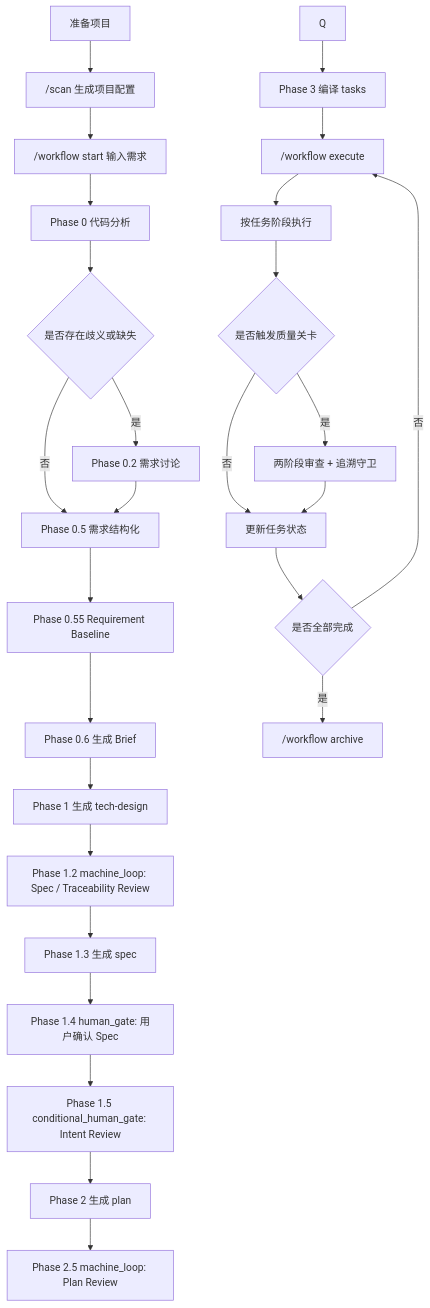
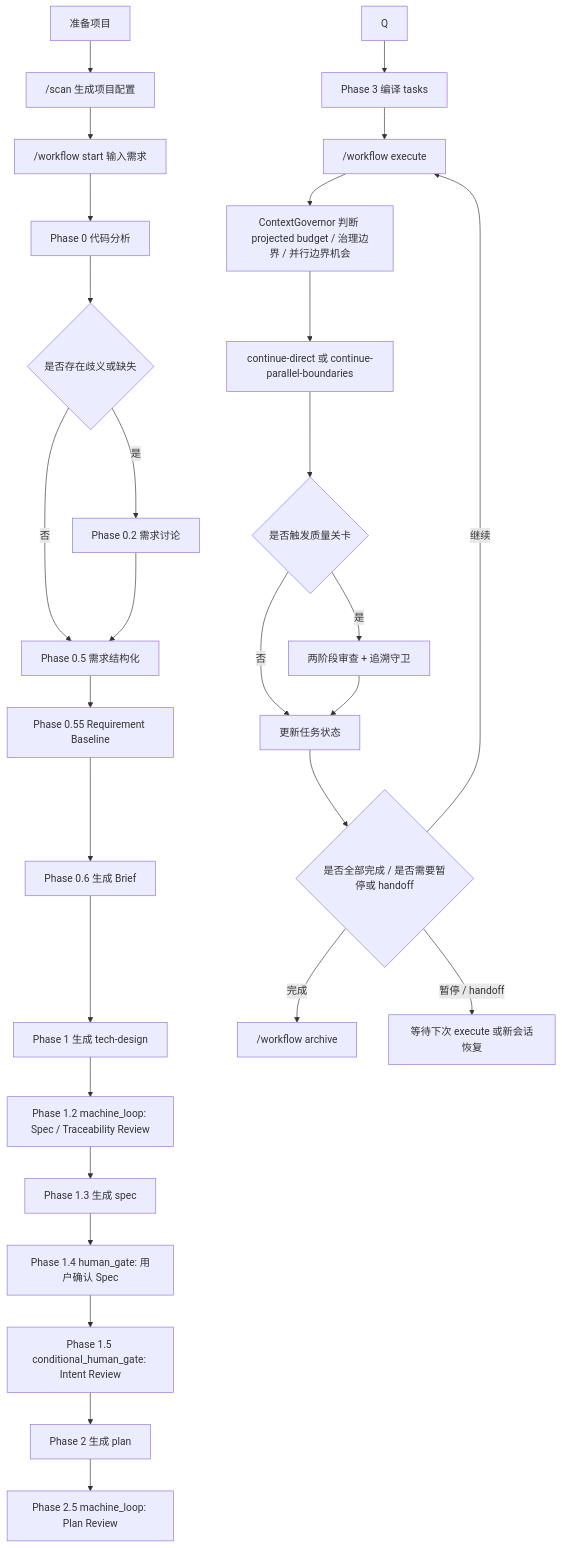
The diagram in README.md (fan776783/claude-workflow), drawn with Mermaid before and after one commit. The commit also changed other lines of this file and 17 other files, not shown here.

````diff
--- a/README.md
+++ b/README.md
@@ -78,29 +78,31 @@
 ```mermaid
 flowchart TD
     A["准备项目"] --> B["/scan 生成项目配置"]
     B --> C["/workflow start 输入需求"]
     C --> D["Phase 0 代码分析"]
     D --> E{"是否存在歧义或缺失"}
     E -->|是| F["Phase 0.2 需求讨论"]
     E -->|否| G["Phase 0.5 需求结构化"]
     F --> G
     G --> H["Phase 0.55 Requirement Baseline"]
     H --> I["Phase 0.6 生成 Brief"]
     I --> J["Phase 1 生成 tech-design"]
     J --> K["Phase 1.2 machine_loop: Spec / Traceability Review"]
     K --> L["Phase 1.3 生成 spec"]
     L --> M["Phase 1.4 human_gate: 用户确认 Spec"]
     M --> N["Phase 1.5 conditional_human_gate: Intent Review"]
     N --> O["Phase 2 生成 plan"]
     O --> P["Phase 2.5 machine_loop: Plan Review"]
     Q --> R["Phase 3 编译 tasks"]
     R --> S["/workflow execute"]
-    S --> T["按任务阶段执行"]
-    T --> U{"是否触发质量关卡"}
-    U -->|是| V["两阶段审查 + 追溯守卫"]
-    U -->|否| W["更新任务状态"]
-    V --> W
-    W --> X{"是否全部完成"}
-    X -->|否| S
-    X -->|是| Y["/workflow archive"]
+    S --> T["ContextGovernor 判断 projected budget / 治理边界 / 并行边界机会"]
+    T --> U["continue-direct 或 continue-parallel-boundaries"]
+    U --> V{"是否触发质量关卡"}
+    V -->|是| W["两阶段审查 + 追溯守卫"]
+    V -->|否| X["更新任务状态"]
+    W --> X
+    X --> Y{"是否全部完成 / 是否需要暂停或 handoff"}
+    Y -->|继续| S
+    Y -->|完成| Z["/workflow archive"]
+    Y -->|暂停 / handoff| AA["等待下次 execute 或新会话恢复"]
 ```
````
